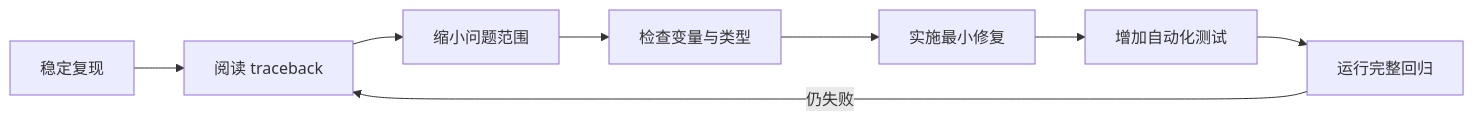
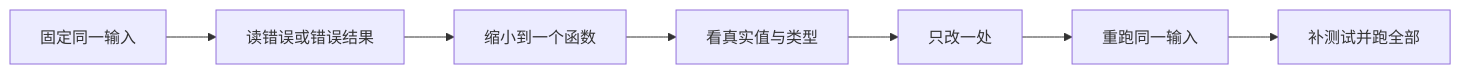
The first of 2 diagrams in learning-paths/programming-languages/python-basics/07-errors-debugging-tests.md (cafelemon/become_engineer), drawn with Mermaid before and after one commit. The commit also changed other lines of this file and 96 other files, not shown here.

````diff
--- a/learning-paths/programming-languages/python-basics/07-errors-debugging-tests.md
+++ b/learning-paths/programming-languages/python-basics/07-errors-debugging-tests.md
@@ -101,10 +262,9 @@
-```mermaid
+~~~mermaid
 flowchart LR
-    A["稳定复现"] --> B["阅读 traceback"]
-    B --> C["缩小问题范围"]
-    C --> D["检查变量与类型"]
-    D --> E["实施最小修复"]
-    E --> F["增加自动化测试"]
-    F --> G["运行完整回归"]
-    G -->|仍失败| B
-```
+    A["固定同一输入"] --> B["读错误或错误结果"]
+    B --> C["缩小到一个函数"]
+    C --> D["看真实值与类型"]
+    D --> E["只改一处"]
+    E --> F["重跑同一输入"]
+    F --> G["补测试并跑全部"]
+~~~
````
